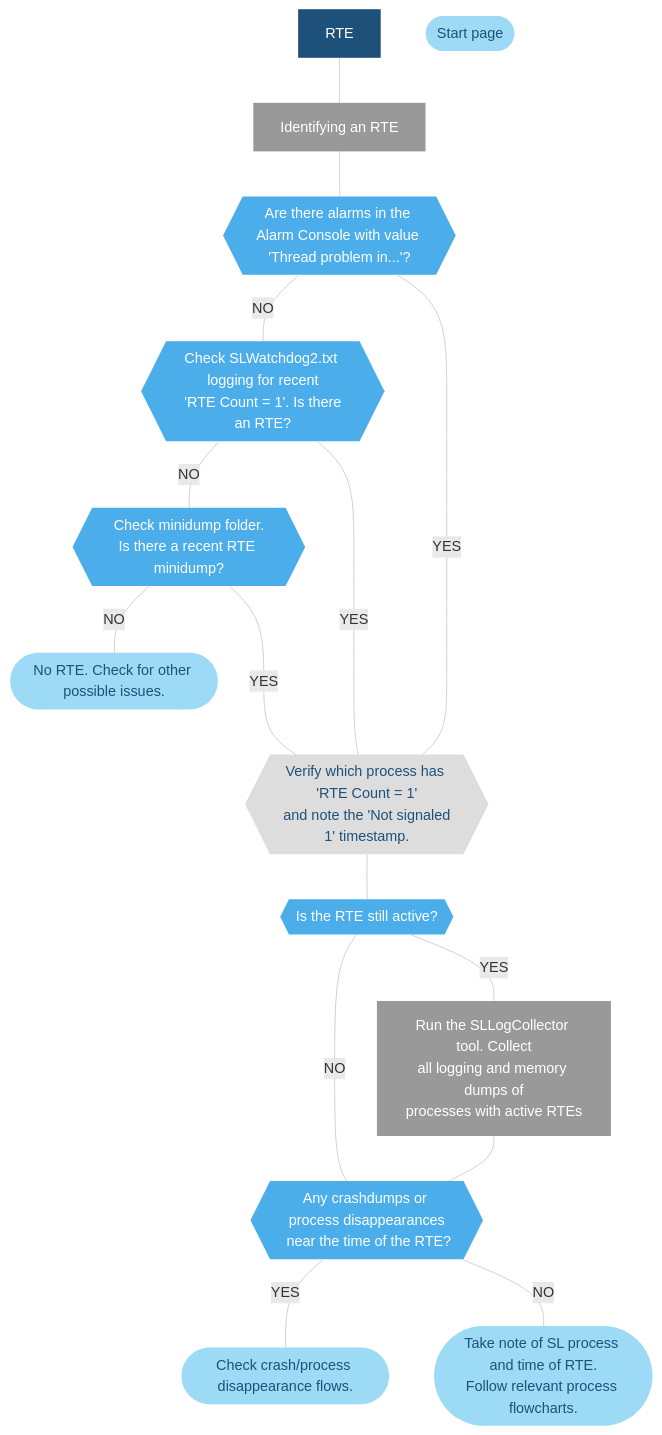
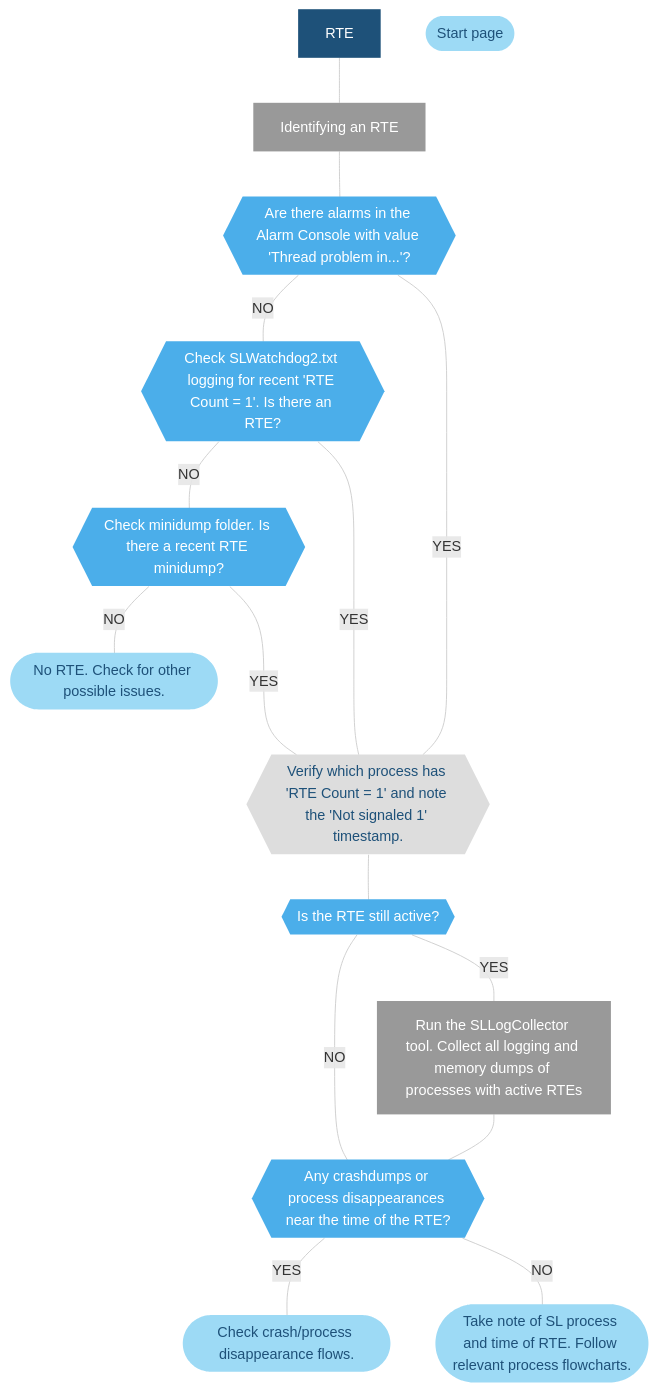
One commit to SkylineCommunications/dataminer-docs changed the diagram in user-guide/Troubleshooting/Troubleshooting_Flowcharts/Troubleshooting_Identify_Per_Module/Alarm_Console/Troubleshooting_Run_Time_Errors.md. Above: the diagram before and after it, drawn with Mermaid. The commit also changed 21 other files, not shown here.

````diff
--- a/user-guide/Troubleshooting/Troubleshooting_Flowcharts/Troubleshooting_Identify_Per_Module/Alarm_Console/Troubleshooting_Run_Time_Errors.md
+++ b/user-guide/Troubleshooting/Troubleshooting_Flowcharts/Troubleshooting_Identify_Per_Module/Alarm_Console/Troubleshooting_Run_Time_Errors.md
@@ -41,52 +41,52 @@
 ```mermaid
 flowchart TD
 %% Define styles %%
 linkStyle default stroke:#cccccc
 classDef classExtRef fill:#9DDAF5,stroke:#000070,stroke-width:0px, color:#1E5179;
 classDef classDecision fill:#4BAEEA,stroke:#000070,stroke-width:0px, color:#FFFFFF;
 classDef classTerminal fill:#1E5179,stroke:#000070,stroke-width:0px, color:#FFFFFF;
 classDef classSolution fill:#58595B,stroke:#000070,stroke-width:0px, color:#FFFFFF;
 classDef classInfoAccClick fill:#999999,stroke:#000070,stroke-width:0px, color:#FFFFFF;
 classDef classInfoAccNoClick fill:#DDDDDD,stroke:#000070,stroke-width:0px, color:#1E5179;
 %% Define blocks %%
 START[RTE]
 HOME([Start page])
 CHECKRTE[Identifying an RTE]
 CHECKALARM{{Are there alarms in the Alarm Console with value 'Thread problem in...'?}}
-CHECKLOGS{{Check SLWatchdog2.txt logging for recent<br/> 'RTE Count = 1'. Is there an RTE?}}
-CHECKDUMP{{Check minidump folder.<br/>Is there a recent RTE minidump?}}
+CHECKLOGS{{Check SLWatchdog2.txt logging for recent 'RTE Count = 1'. Is there an RTE?}}
+CHECKDUMP{{Check minidump folder. Is there a recent RTE minidump?}}
 NORTE([No RTE. Check for other possible issues.])
-VERIFYRTE{{Verify which process has 'RTE Count = 1'<br/> and note the 'Not signaled 1' timestamp.}}
-CHECKCRASHORDISP{{Any crashdumps or process disappearances<br/> near the time of the RTE?}}
+VERIFYRTE{{Verify which process has 'RTE Count = 1' and note the 'Not signaled 1' timestamp.}}
+CHECKCRASHORDISP{{Any crashdumps or process disappearances near the time of the RTE?}}
 CRASHORDISP([Check crash/process disappearance flows.])
 CHECKACTIVE{{Is the RTE still active?}}
-COLLECTLOGS[Run the SLLogCollector tool. Collect<br/>all logging and memory dumps of<br/>processes with active RTEs]
-RTE([Take note of SL process and time of RTE.<br/>Follow relevant process flowcharts.])
+COLLECTLOGS[Run the SLLogCollector tool. Collect all logging and memory dumps of processes with active RTEs]
+RTE([Take note of SL process and time of RTE. Follow relevant process flowcharts.])
 %% Connect blocks %%
 START --- CHECKRTE
 CHECKRTE --- CHECKALARM
 CHECKALARM --- |NO| CHECKLOGS
 CHECKLOGS --- |NO| CHECKDUMP
 CHECKDUMP --- |NO| NORTE
 CHECKALARM --- |YES| VERIFYRTE
 CHECKLOGS --- |YES| VERIFYRTE
 CHECKDUMP ---- |YES| VERIFYRTE
 VERIFYRTE --- CHECKACTIVE
 CHECKACTIVE --- |NO|CHECKCRASHORDISP
 CHECKACTIVE --- |YES|COLLECTLOGS
 COLLECTLOGS --- CHECKCRASHORDISP
 CHECKCRASHORDISP --- |YES|CRASHORDISP
 CHECKCRASHORDISP --- |NO| RTE
 %% Define hyperlinks %%
 click HOME "/user-guide/Troubleshooting/Troubleshooting_Flowcharts/Finding_a_Root_Cause.html"
 click CRASHORDISP "/user-guide/Troubleshooting/Troubleshooting_Flowcharts/Troubleshooting_Critical_Issues/Troubleshooting_Critical_Issues_Alarm_Console.html"
 click RTE "/user-guide/Troubleshooting/Troubleshooting_Flowcharts/Troubleshooting_Process_Identification/Troubleshooting_Process_Identification.html"
 click COLLECTLOGS "/user-guide/Reference/DataMiner_Tools/SLLogCollector.html"
 click CHECKRTE "#identifying-run-time-errors"
 click NORTE "/user-guide/Troubleshooting/Troubleshooting_Flowcharts/Finding_a_Root_Cause.html"
 class START,CHECKRTE classTerminal;
 class CHECKALARM,CHECKDUMP,CHECKLOGS,CHECKACTIVE,CHECKCRASHORDISP classDecision;
 class HOME,RTE,NORTE,CRASHORDISP classExtRef;
 class COLLECTLOGS,CHECKRTE classInfoAccClick
 class VERIFYRTE classInfoAccNoClick
 ```
````
